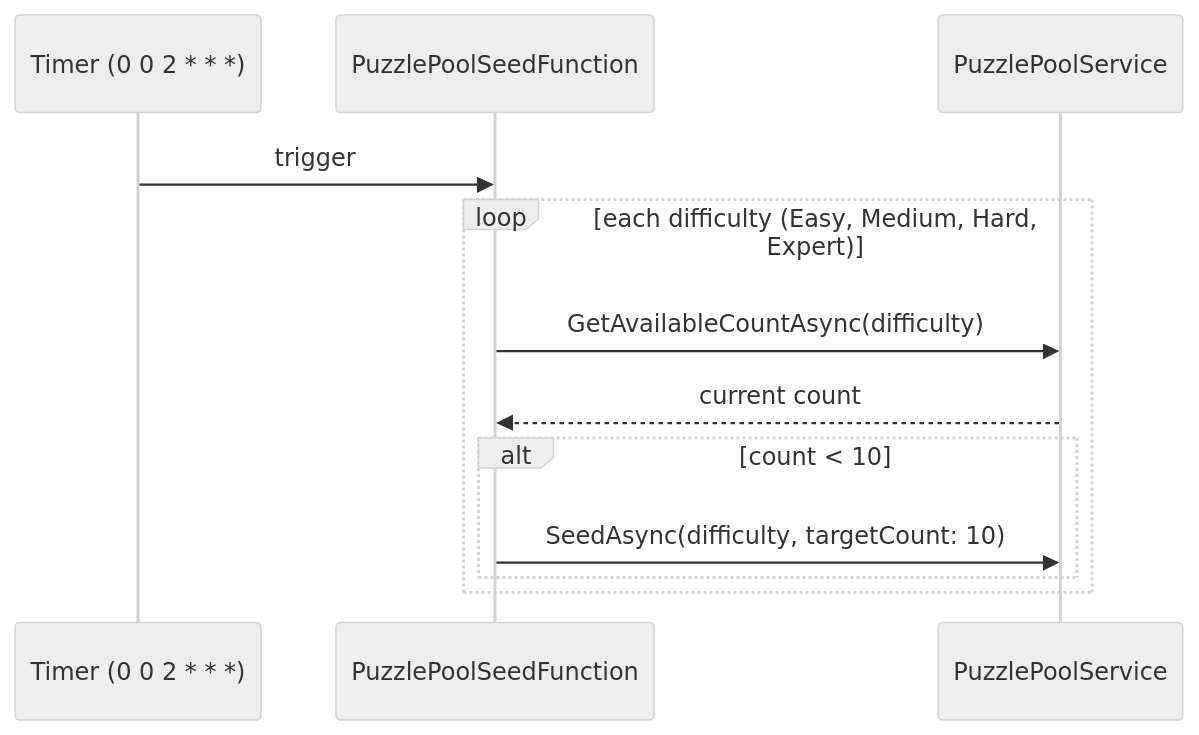
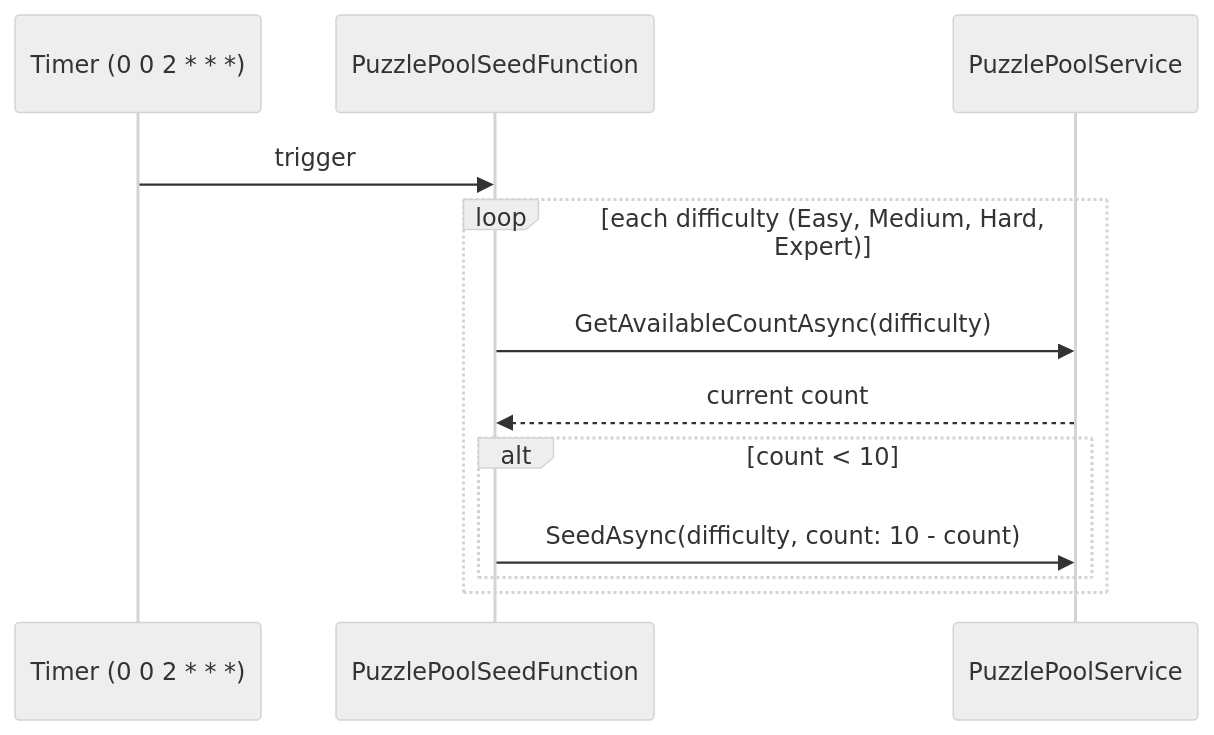
The fourth of 4 diagrams in docs/specs/spec-puzzle-pool.md (xenobiasoft/sudoku), drawn with Mermaid (neutral theme) before and after one commit. The commit also changed other lines of this file, not shown here.

First line of the commit message:
Address PR review comments on puzzle pool spec

````diff
--- a/docs/specs/spec-puzzle-pool.md
+++ b/docs/specs/spec-puzzle-pool.md
@@ -134,15 +134,15 @@
 ```mermaid
 sequenceDiagram
     participant Timer as Timer (0 0 2 * * *)
     participant Fn as PuzzlePoolSeedFunction
     participant PoolSvc as PuzzlePoolService
 
     Timer->>Fn: trigger
     loop each difficulty (Easy, Medium, Hard, Expert)
         Fn->>PoolSvc: GetAvailableCountAsync(difficulty)
         PoolSvc-->>Fn: current count
         alt count < 10
-            Fn->>PoolSvc: SeedAsync(difficulty, targetCount: 10)
+            Fn->>PoolSvc: SeedAsync(difficulty, count: 10 - count)
         end
     end
 ```
````
